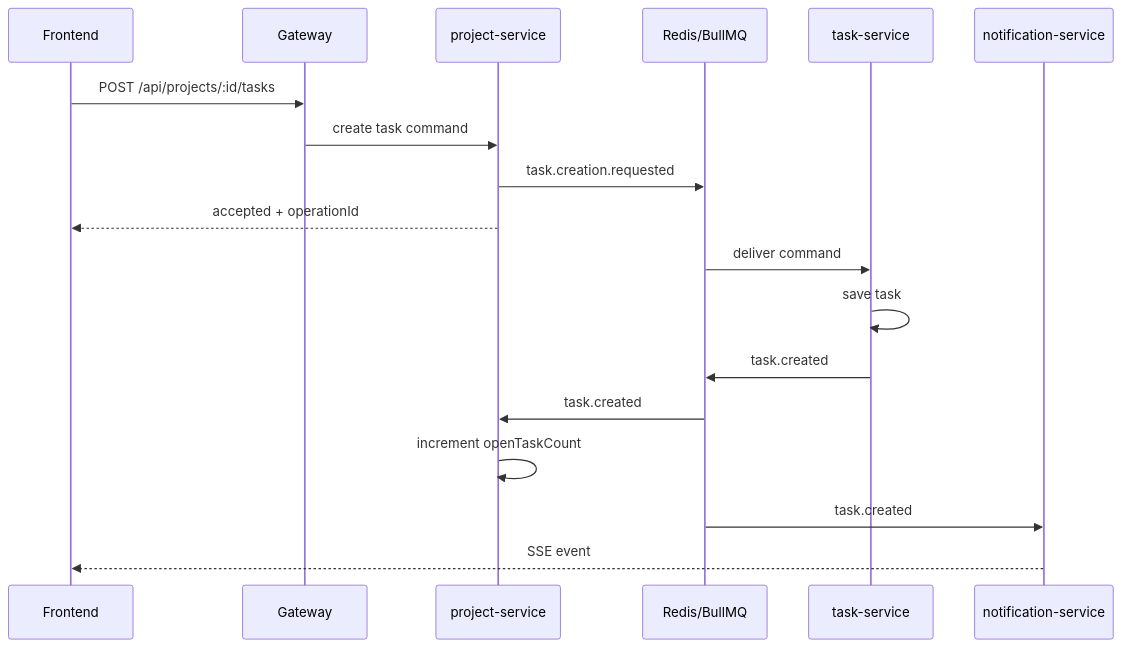
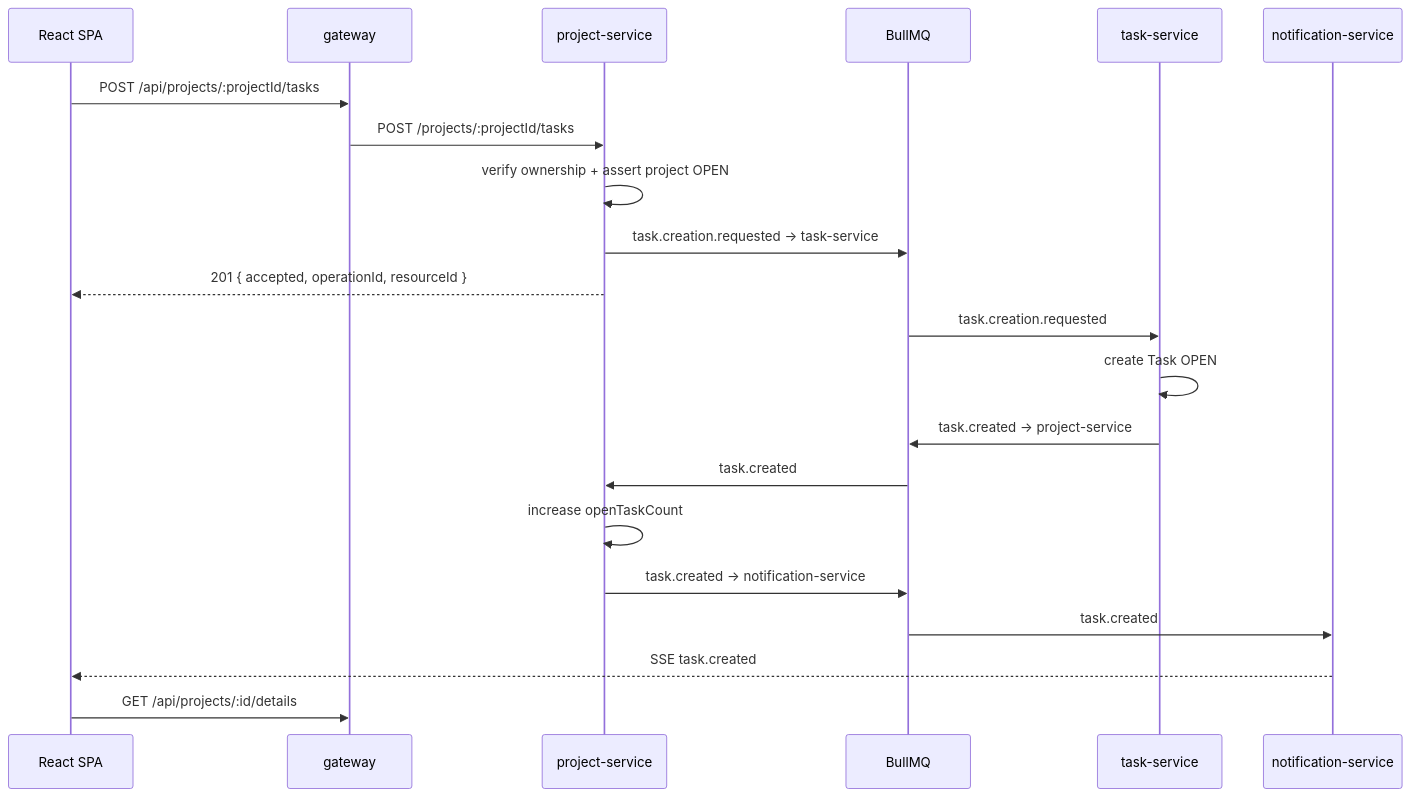
One commit to Tres7/projet-archi-to-do-list changed the fifth of 5 diagrams in docs/technical/architecture.md. Above: the diagram before and after it, drawn with Mermaid. The commit also changed other lines of this file and 9 other files, not shown here.

````diff
--- a/docs/technical/architecture.md
+++ b/docs/technical/architecture.md
@@ -161,21 +325,24 @@
 ```mermaid
 sequenceDiagram
-    participant UI as Frontend
-    participant GW as Gateway
+    participant UI as React SPA
+    participant GW as gateway
     participant PROJ as project-service
-    participant BUS as Redis/BullMQ
+    participant BUS as BullMQ
     participant TASK as task-service
     participant NOTIF as notification-service
 
-    UI->>GW: POST /api/projects/:id/tasks
-    GW->>PROJ: create task command
-    PROJ->>BUS: task.creation.requested
-    PROJ-->>UI: accepted + operationId
-    BUS->>TASK: deliver command
-    TASK->>TASK: save task
-    TASK->>BUS: task.created
+    UI->>GW: POST /api/projects/:projectId/tasks
+    GW->>PROJ: POST /projects/:projectId/tasks
+    PROJ->>PROJ: verify ownership + assert project OPEN
+    PROJ->>BUS: task.creation.requested -> task-service
+    PROJ-->>UI: 201 { accepted, operationId, resourceId }
+    BUS->>TASK: task.creation.requested
+    TASK->>TASK: create Task OPEN
+    TASK->>BUS: task.created -> project-service
     BUS->>PROJ: task.created
-    PROJ->>PROJ: increment openTaskCount
+    PROJ->>PROJ: increase openTaskCount
+    PROJ->>BUS: task.created -> notification-service
     BUS->>NOTIF: task.created
-    NOTIF-->>UI: SSE event
+    NOTIF-->>UI: SSE task.created
+    UI->>GW: GET /api/projects/:id/details
 ```
````
